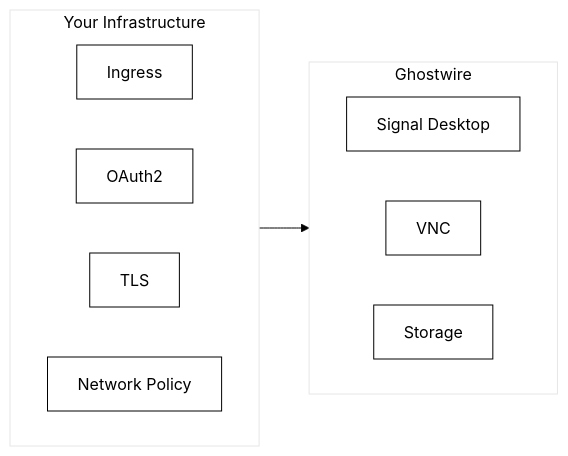
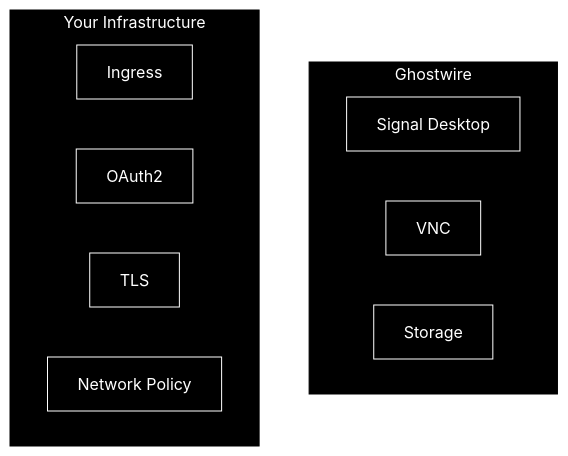
The diagram in README.md (drengskapur/ghostwire), drawn with Mermaid before and after one commit.

Commit message:
docs: invert architecture diagram to black background

````diff
--- a/README.md
+++ b/README.md
@@ -70,20 +70,20 @@
 ```mermaid
-%%{init: {'theme':'base', 'themeVariables': { 'primaryColor':'#fff','primaryTextColor':'#000','primaryBorderColor':'#000','lineColor':'#000','secondaryColor':'#fff','tertiaryColor':'#fff'}}}%%
+%%{init: {'theme':'base', 'themeVariables': { 'primaryColor':'#000','primaryTextColor':'#fff','primaryBorderColor':'#fff','lineColor':'#fff','secondaryColor':'#000','tertiaryColor':'#000'}}}%%
 graph LR
     subgraph Infrastructure ["Your Infrastructure"]
         direction LR
         I1[Ingress]
         I2[OAuth2]
         I3[TLS]
         I4[Network Policy]
     end
 
     subgraph Ghostwire ["Ghostwire"]
         direction LR
         G1[Signal Desktop]
         G2[VNC]
         G3[Storage]
     end
 
     Infrastructure --> Ghostwire
 ```
````
